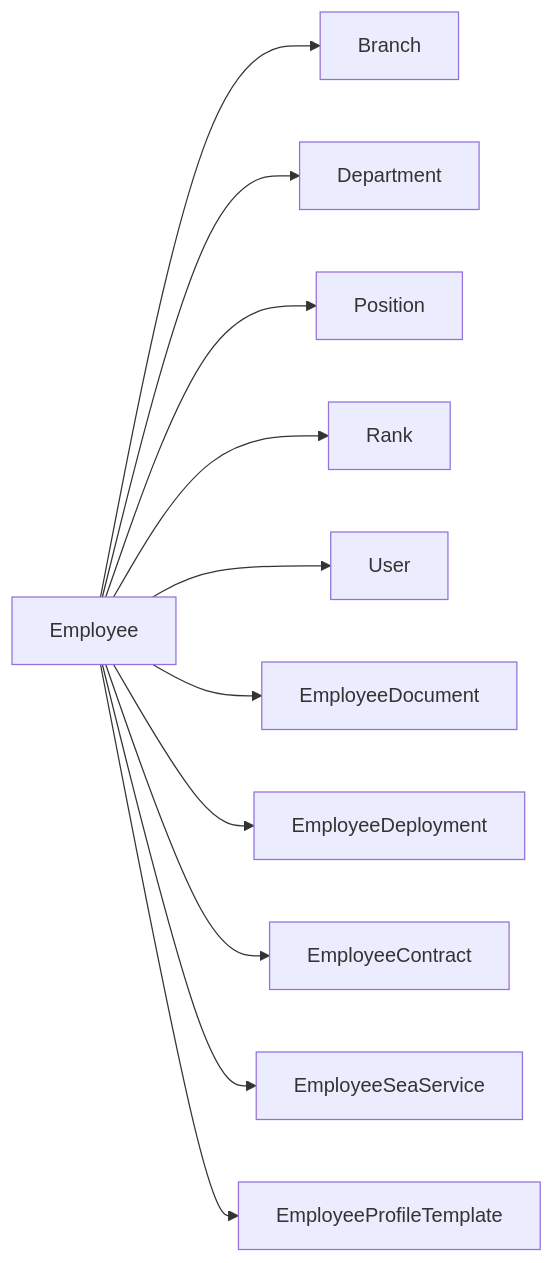
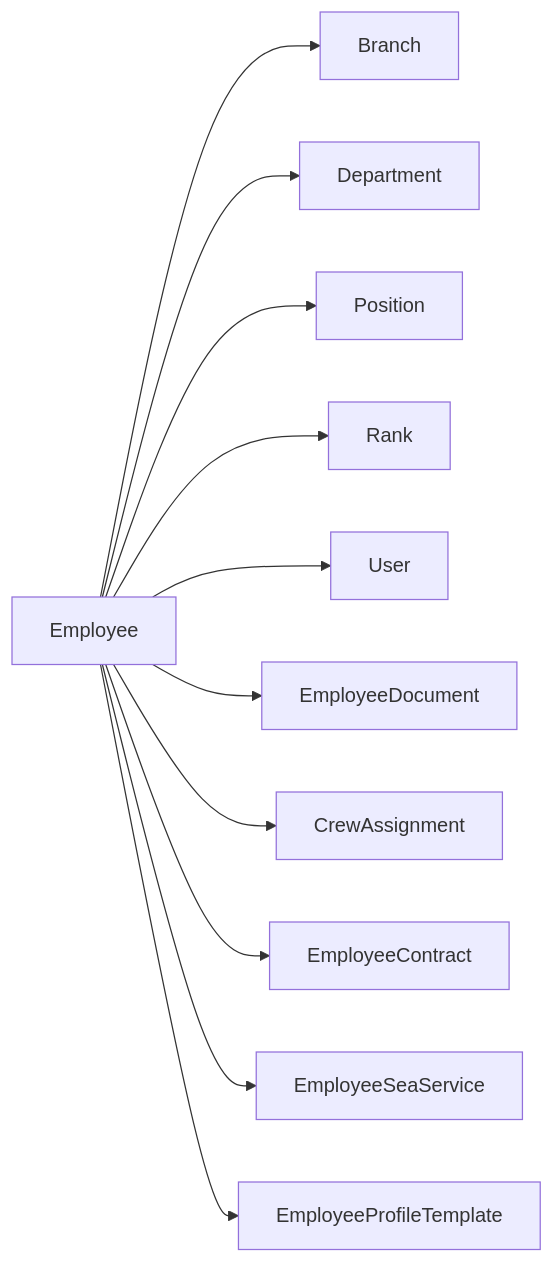
One commit to rabil007/HRM changed the fourth of 8 diagrams in docs/architecture/domains.md. Above: the diagram before and after it, drawn with Mermaid. The commit also changed other lines of this file and 17 other files, not shown here.

First line of the commit message:
docs: refresh architecture and agent context routing

````diff
--- a/docs/architecture/domains.md
+++ b/docs/architecture/domains.md
@@ -348,13 +359,13 @@
 ```mermaid
 flowchart LR
     Employee --> Branch
     Employee --> Department
     Employee --> Position
     Employee --> Rank
     Employee --> User
     Employee --> EmployeeDocument
-    Employee --> EmployeeDeployment
+    Employee --> CrewAssignment
     Employee --> EmployeeContract
     Employee --> EmployeeSeaService
     Employee --> EmployeeProfileTemplate
 ```
````
